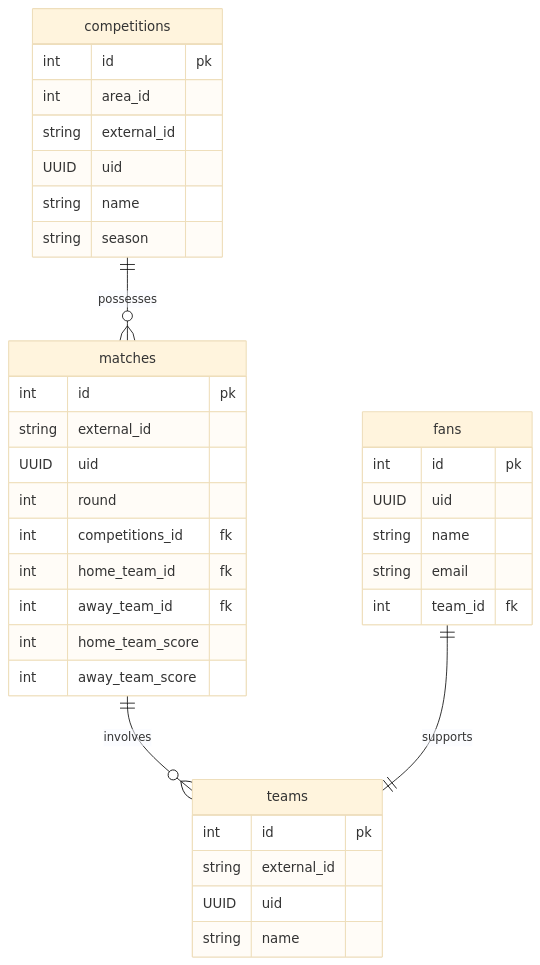
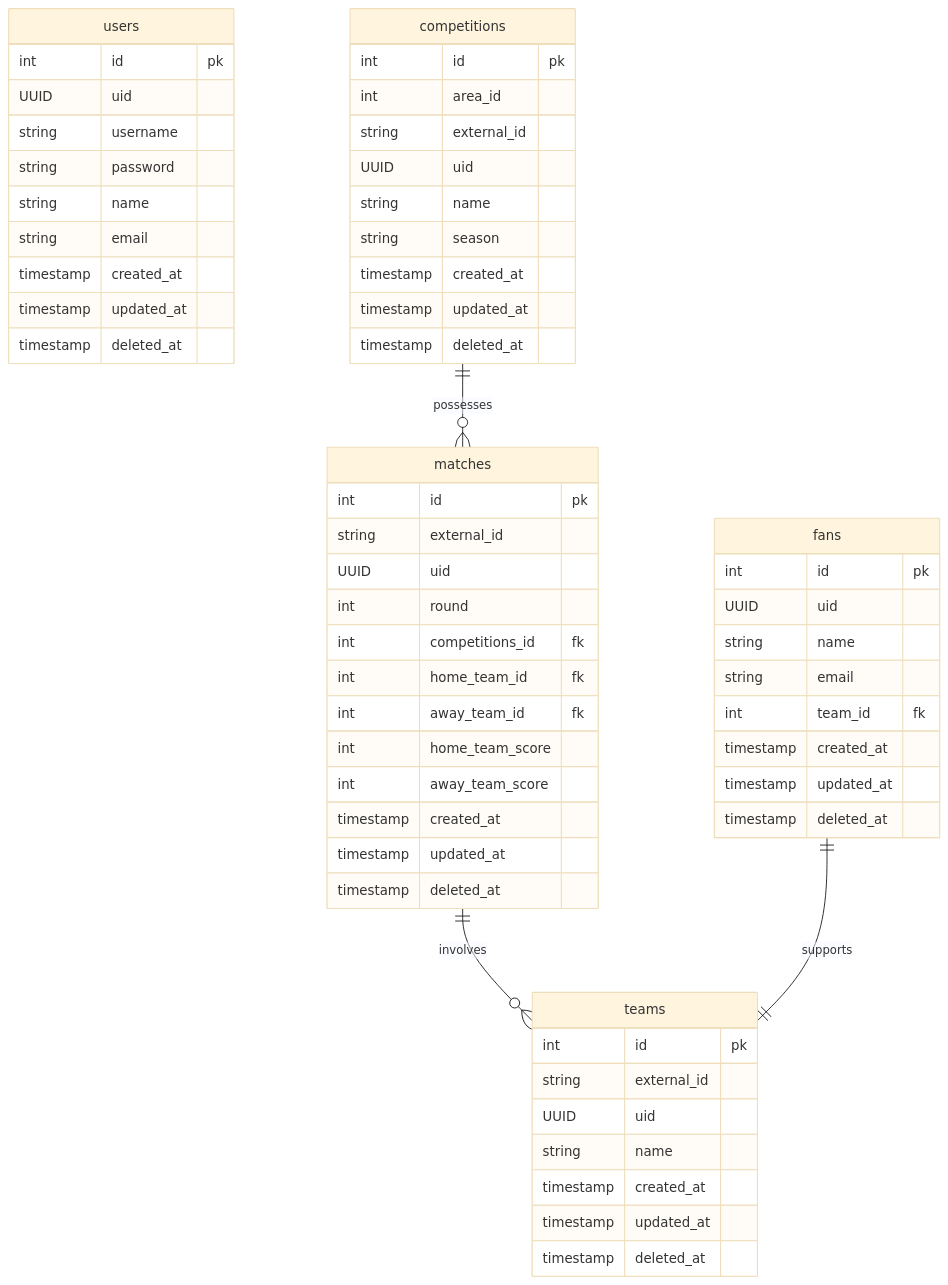
The diagram in README.md (jtonynet/go-soccer-fan), drawn with Mermaid (base theme) before and after one commit. The commit also changed other lines of this file and 2 other files, not shown here.

````diff
--- a/README.md
+++ b/README.md
@@ -362,42 +372,68 @@
 ```mermaid
 erDiagram
+
+    users {
+        int id pk
+	    UUID uid      
+	    string username 
+	    string password 
+	    string name     
+	    string email
+        timestamp created_at
+        timestamp updated_at
+        timestamp deleted_at   
+    }
+
+
     competitions {
         int id pk
         int area_id
         string external_id
         UUID uid
         string name
         string season
+        timestamp created_at
+        timestamp updated_at
+        timestamp deleted_at
     }
     
     matches {
         int id pk
         string external_id
         UUID uid
         int round
         int competitions_id fk
         int home_team_id fk
         int away_team_id fk
         int home_team_score
         int away_team_score
+        timestamp created_at
+        timestamp updated_at
+        timestamp deleted_at
     }
 
     teams {
         int id pk
         string external_id
         UUID uid
         string name
+        timestamp created_at
+        timestamp updated_at
+        timestamp deleted_at
     }
 
     fans {
         int id pk
         UUID uid
         string name
         string email
         int team_id fk
+        timestamp created_at
+        timestamp updated_at
+        timestamp deleted_at
     }
 
     competitions ||--o{ matches : possesses
     matches ||--o{ teams : involves
     fans ||--|| teams : supports
 ```
````
